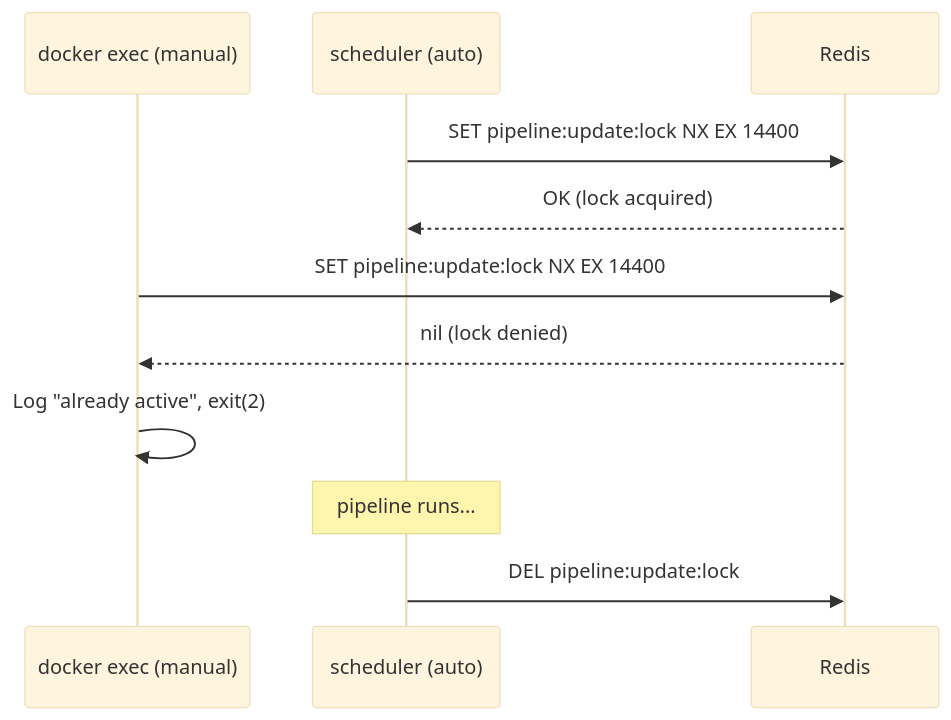
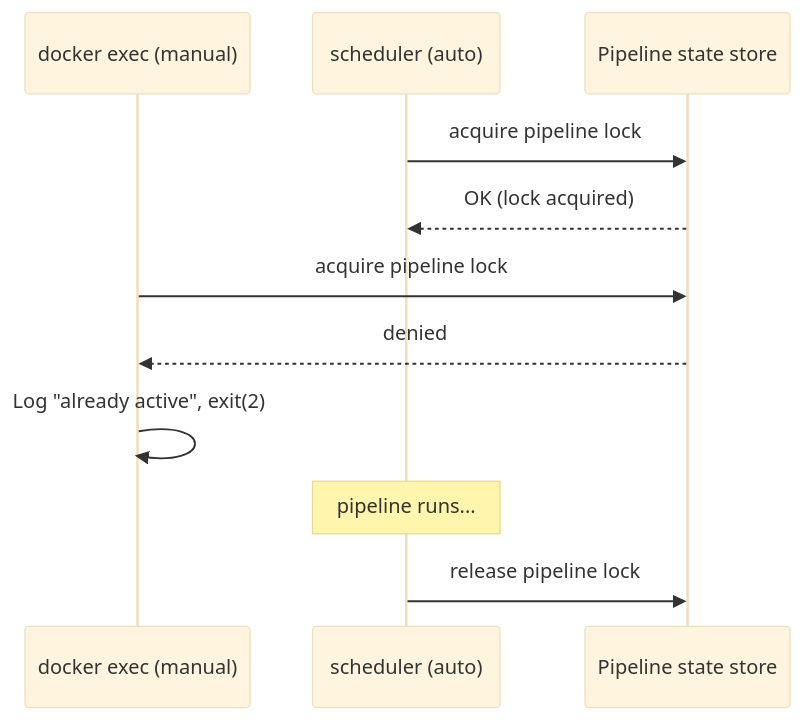
One commit to openTdataCH/stop_sync_osm_atlas changed the fourth of 5 diagrams in documentation/6.3 Background Scheduler.md. Above: the diagram before and after it, drawn with Mermaid (base theme). The commit also changed other lines of this file and 20 other files, not shown here.

````diff
--- a/documentation/6.3 Background Scheduler.md
+++ b/documentation/6.3 Background Scheduler.md
@@ -127,14 +134,14 @@
 ```mermaid
 sequenceDiagram
     participant Manual as docker exec (manual)
     participant Sched as scheduler (auto)
-    participant Redis
+    participant Store as Pipeline state store
 
-    Sched->>Redis: SET pipeline:update:lock NX EX 14400
-    Redis-->>Sched: OK (lock acquired)
-    Manual->>Redis: SET pipeline:update:lock NX EX 14400
-    Redis-->>Manual: nil (lock denied)
+    Sched->>Store: acquire pipeline lock
+    Store-->>Sched: OK (lock acquired)
+    Manual->>Store: acquire pipeline lock
+    Store-->>Manual: denied
     Manual->>Manual: Log "already active", exit(2)
     Note over Sched: pipeline runs...
-    Sched->>Redis: DEL pipeline:update:lock
+    Sched->>Store: release pipeline lock
 ```
````
